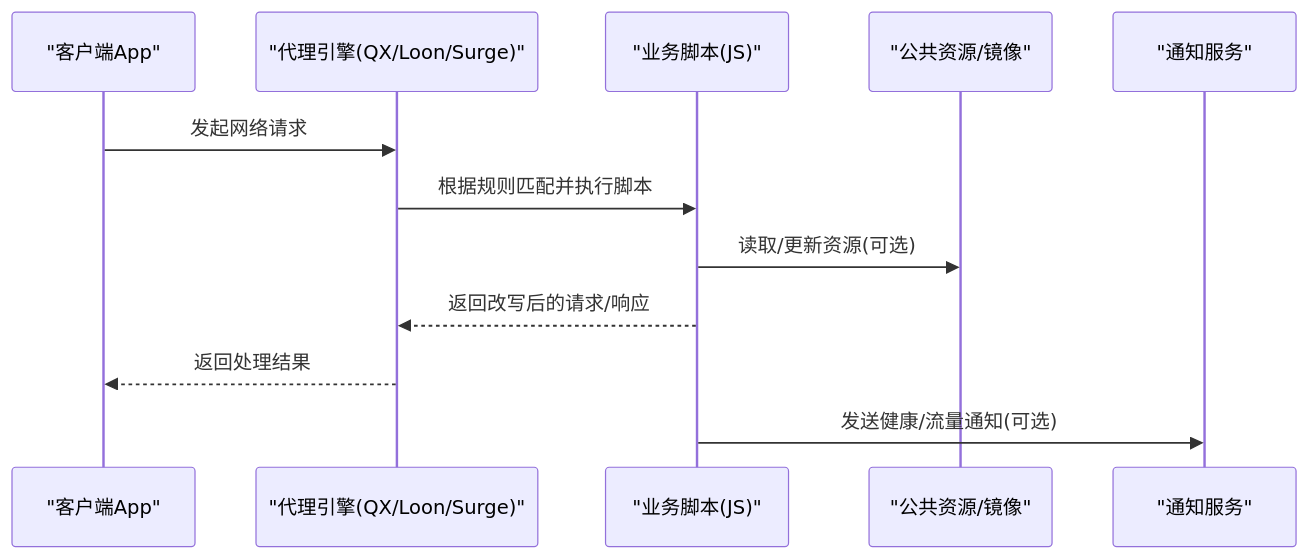
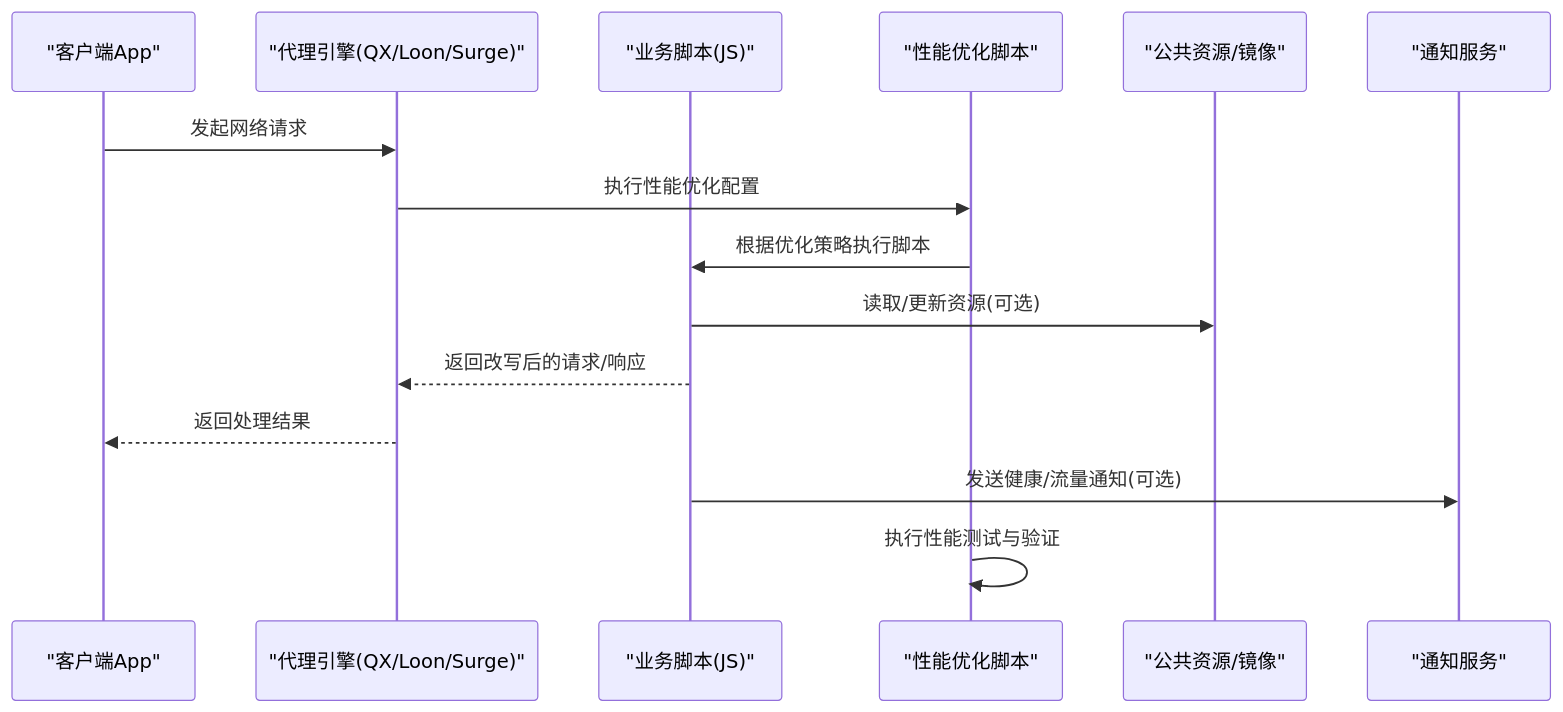
The second of 3 diagrams in .qoder/repowiki/zh/content/脚本库/脚本库.md (3kaiu/config), drawn with Mermaid before and after one commit. The commit also changed other lines of this file and 136 other files, not shown here.

````diff
--- a/.qoder/repowiki/zh/content/脚本库/脚本库.md
+++ b/.qoder/repowiki/zh/content/脚本库/脚本库.md
@@ -185,14 +209,17 @@
 ```mermaid
 sequenceDiagram
 participant Client as "客户端App"
 participant Proxy as "代理引擎(QX/Loon/Surge)"
 participant Script as "业务脚本(JS)"
+participant PerfOpt as "性能优化脚本"
 participant Resource as "公共资源/镜像"
 participant Notify as "通知服务"
 Client->>Proxy : 发起网络请求
-Proxy->>Script : 根据规则匹配并执行脚本
+Proxy->>PerfOpt : 执行性能优化配置
+PerfOpt->>Script : 根据优化策略执行脚本
 Script->>Resource : 读取/更新资源(可选)
 Script-->>Proxy : 返回改写后的请求/响应
 Proxy-->>Client : 返回处理结果
 Script->>Notify : 发送健康/流量通知(可选)
+PerfOpt->>PerfOpt : 执行性能测试与验证
 ```
````
